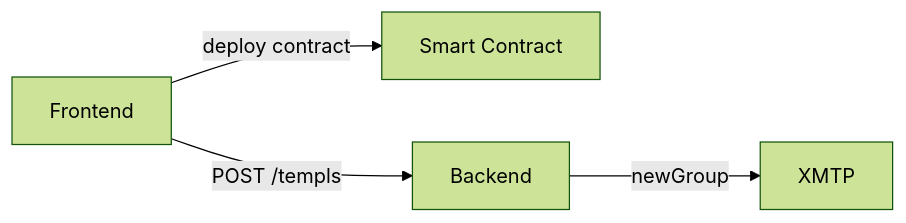
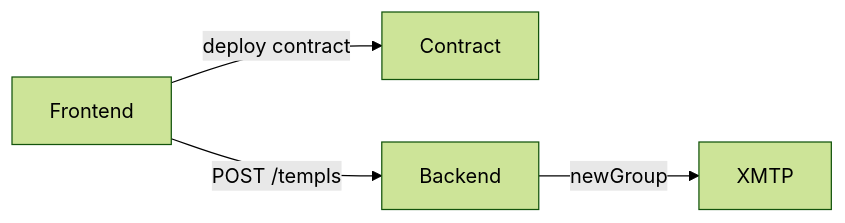
Before and after one commit to templ-fun/templ-evm-protocol: the first of 12 diagrams in CORE_FLOW_DOCS.MD, drawn with Mermaid (forest theme). The commit also changed other lines of this file, not shown here.

Commit message:
docs(core): standardize mermaid labels

````diff
--- a/CORE_FLOW_DOCS.MD
+++ b/CORE_FLOW_DOCS.MD
@@ -25,6 +25,6 @@
 ```mermaid
 flowchart LR
-    F[Frontend] -->|deploy contract| C[Smart Contract]
+    F[Frontend] -->|deploy contract| C[Contract]
     F -->|POST /templs| B[Backend]
     B -->|newGroup| X[XMTP]
 ```
````
